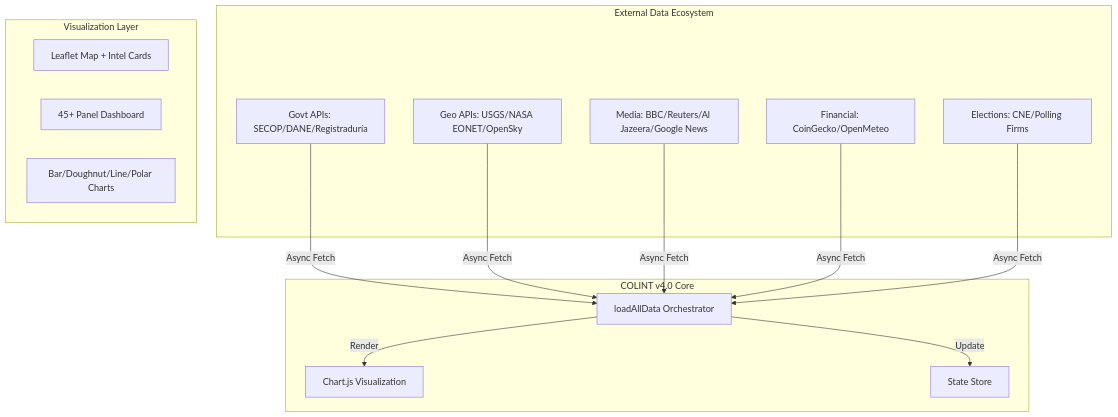
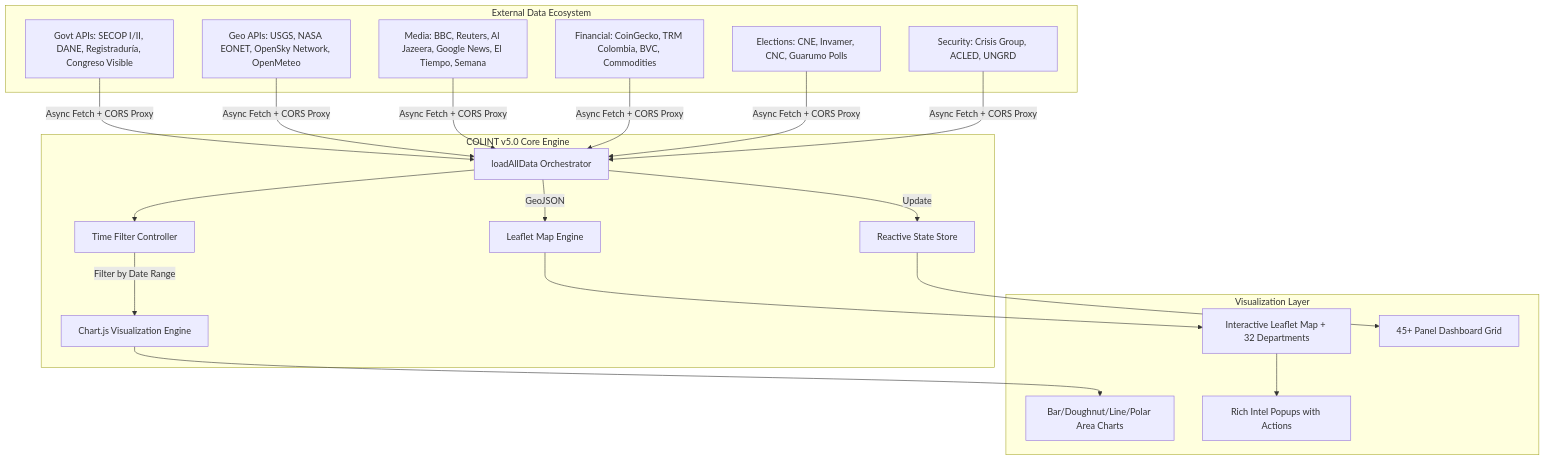
Before and after one commit to DOMINUSBABEL/colombia-live-monitor: the first of 8 diagrams in README.md, drawn with Mermaid. The commit also changed other lines of this file, not shown here.

Commit message:
docs: Expand README 250% with v5.0 features, SECOP II, time filters, D'Hondt simulator, full API reference

````diff
--- a/README.md
+++ b/README.md
@@ -25,26 +48,37 @@
 ```mermaid
 graph TD
     subgraph "External Data Ecosystem"
-        S1[Govt APIs: SECOP/DANE/Registraduría]
-        S2[Geo APIs: USGS/NASA EONET/OpenSky]
-        S3[Media: BBC/Reuters/Al Jazeera/Google News]
-        S4[Financial: CoinGecko/OpenMeteo]
-        S5[Elections: CNE/Polling Firms]
+        S1[Govt APIs: SECOP I/II, DANE, Registraduría, Congreso Visible]
+        S2[Geo APIs: USGS, NASA EONET, OpenSky Network, OpenMeteo]
+        S3[Media: BBC, Reuters, Al Jazeera, Google News, El Tiempo, Semana]
+        S4[Financial: CoinGecko, TRM Colombia, BVC, Commodities]
+        S5[Elections: CNE, Invamer, CNC, Guarumo Polls]
+        S6[Security: Crisis Group, ACLED, UNGRD]
     end
 
-    subgraph "COLINT v4.0 Core"
+    subgraph "COLINT v5.0 Core Engine"
         Orchestrator[loadAllData Orchestrator]
-        ChartEngine[Chart.js Visualization]
-        State[State Store]
+        TimeFilter[Time Filter Controller]
+        ChartEngine[Chart.js Visualization Engine]
+        MapEngine[Leaflet Map Engine]
+        State[Reactive State Store]
         
-        S1 & S2 & S3 & S4 & S5 -->|Async Fetch| Orchestrator
-        Orchestrator -->|Render| ChartEngine
+        S1 & S2 & S3 & S4 & S5 & S6 -->|Async Fetch + CORS Proxy| Orchestrator
+        Orchestrator --> TimeFilter
+        TimeFilter -->|Filter by Date Range| ChartEngine
+        Orchestrator -->|GeoJSON| MapEngine
         Orchestrator -->|Update| State
     end
 
     subgraph "Visualization Layer"
-        Map[Leaflet Map + Intel Cards]
-        Grid[45+ Panel Dashboard]
-        Charts[Bar/Doughnut/Line/Polar Charts]
+        Map[Interactive Leaflet Map + 32 Departments]
+        Grid[45+ Panel Dashboard Grid]
+        Charts[Bar/Doughnut/Line/Polar Area Charts]
+        Popups[Rich Intel Popups with Actions]
     end
+    
+    ChartEngine --> Charts
+    MapEngine --> Map
+    State --> Grid
+    Map --> Popups
 ```
````
